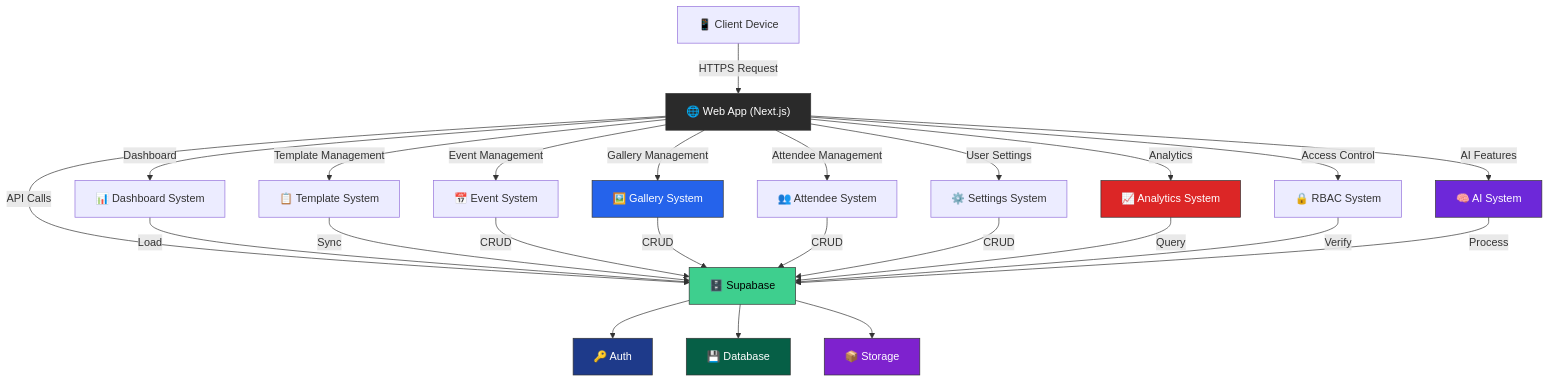
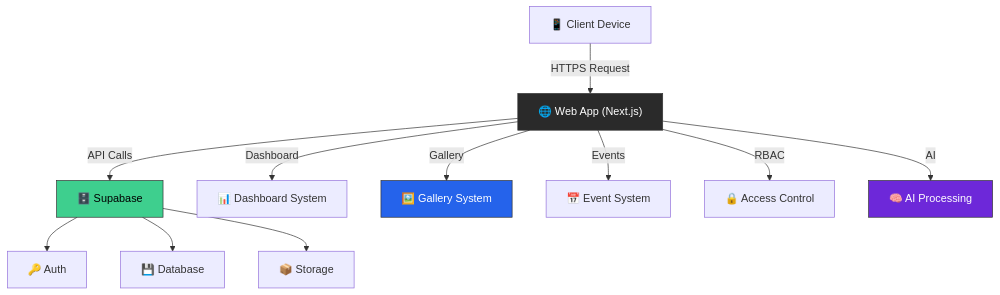
One commit to mrj0nesmtl/cloud-burst changed the first of 3 diagrams in docs/README.md. Above: the diagram before and after it, drawn with Mermaid. The commit also changed other lines of this file and 35 other files, not shown here.

````diff
--- a/docs/README.md
+++ b/docs/README.md
@@ -46,37 +43,19 @@
 ```mermaid
 graph TD
     Client["📱 Client Device"] -->|"HTTPS Request"| WebApp["🌐 Web App (Next.js)"]
     WebApp -->|"API Calls"| Supabase["🗄️ Supabase"]
     WebApp -->|"Dashboard"| Dashboard["📊 Dashboard System"]
-    WebApp -->|"Template Management"| Templates["📋 Template System"]
-    WebApp -->|"Event Management"| Events["📅 Event System"]
-    WebApp -->|"Gallery Management"| Gallery["🖼️ Gallery System"]
-    WebApp -->|"Attendee Management"| Attendees["👥 Attendee System"]
-    WebApp -->|"User Settings"| Settings["⚙️ Settings System"]
-    WebApp -->|"Analytics"| Analytics["📈 Analytics System"]
-    WebApp -->|"Access Control"| RBAC["🔒 RBAC System"]
-    WebApp -->|"AI Features"| AI["🧠 AI System"]
-    
-    Dashboard -->|"Load"| Supabase
-    Templates -->|"Sync"| Supabase
-    Events -->|"CRUD"| Supabase
-    Gallery -->|"CRUD"| Supabase
-    Attendees -->|"CRUD"| Supabase
-    Settings -->|"CRUD"| Supabase
-    Analytics -->|"Query"| Supabase
-    RBAC -->|"Verify"| Supabase
-    AI -->|"Process"| Supabase
+    WebApp -->|"Gallery"| Gallery["🖼️ Gallery System"]
+    WebApp -->|"Events"| Events["📅 Event System"]
+    WebApp -->|"RBAC"| RBAC["🔒 Access Control"]
+    WebApp -->|"AI"| AI["🧠 AI Processing"]
     
     Supabase --> Auth["🔑 Auth"]
     Supabase --> Database["💾 Database"]
     Supabase --> Storage["📦 Storage"]
     
     style WebApp fill:#2A2A2A,stroke:#333,color:#fff
     style Supabase fill:#3ECF8E,stroke:#333,color:#000
-    style Auth fill:#1E3A8A,stroke:#333,color:#fff
-    style Database fill:#065F46,stroke:#333,color:#fff
-    style Storage fill:#7E22CE,stroke:#333,color:#fff
-    style Analytics fill:#DC2626,stroke:#333,color:#fff
     style Gallery fill:#2563EB,stroke:#333,color:#fff
     style AI fill:#6D28D9,stroke:#333,color:#fff
 ```
````
